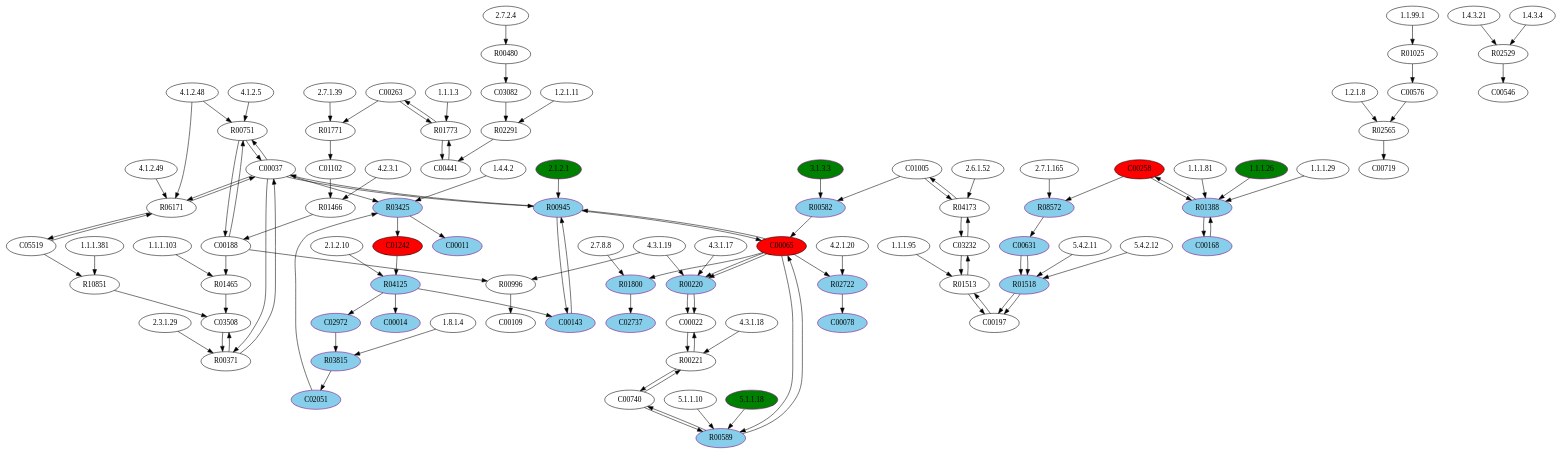
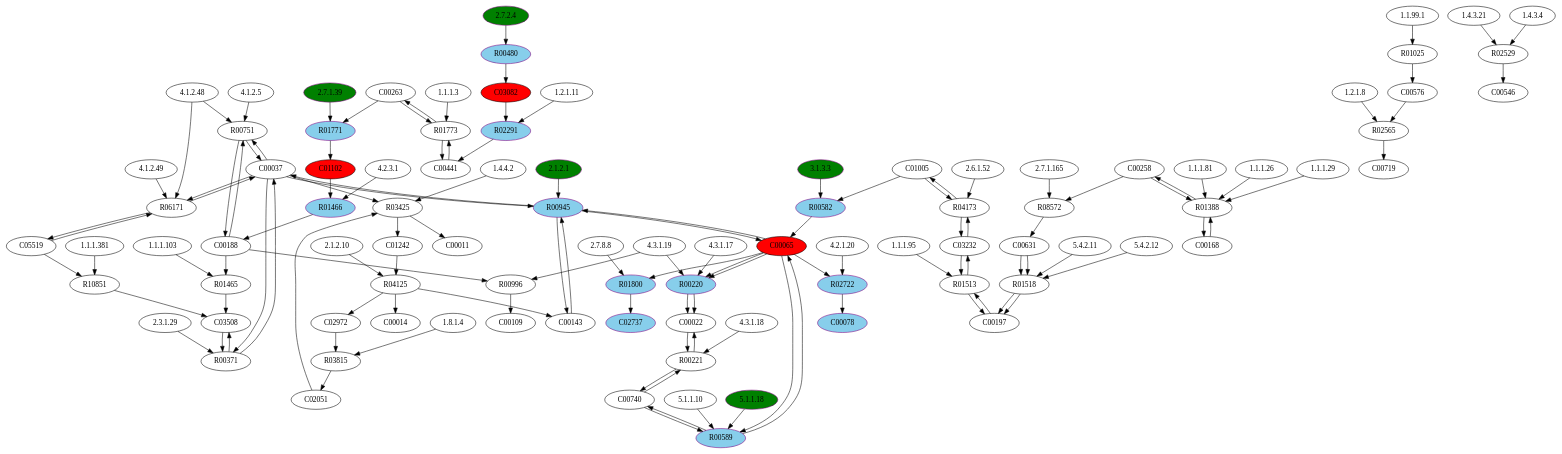
Before and after one commit to h3llcat25/BachelorQUBOProject: the diagram in graphStuff/smallDots_w_marked_and_tests/eco_filtering_dot/xtra_modified_Glycine_serine_threonine.dot, drawn with Graphviz. The commit also changed 1 other file, not shown here.

```diff
--- a/graphStuff/smallDots_w_marked_and_tests/eco_filtering_dot/xtra_modified_Glycine_serine_threonine.dot
+++ b/graphStuff/smallDots_w_marked_and_tests/eco_filtering_dot/xtra_modified_Glycine_serine_threonine.dot
@@ -4,7 +4,7 @@
 "5.1.1.10" [type=E];
 "4.3.1.19" [type=E];
 "1.2.1.8" [type=E];
-"2.7.2.4" [type=E];
+"2.7.2.4" [color=purple, fillcolor=green, style=filled, type=E];
 "1.4.4.2" [type=E];
 "1.1.1.81" [type=E];
 "1.1.99.1" [type=E];
@@ -14,9 +14,9 @@
 "1.1.1.3" [type=E];
 "2.6.1.52" [type=E];
 "1.8.1.4" [type=E];
-"1.1.1.26" [color=purple, fillcolor=green, style=filled, type=E];
+"1.1.1.26" [type=E];
 "4.3.1.18" [type=E];
-"2.7.1.39" [type=E];
+"2.7.1.39" [color=purple, fillcolor=green, style=filled, type=E];
 "5.1.1.18" [color=purple, fillcolor=green, style=filled, type=E];
 "1.4.3.21" [type=E];
 "4.2.3.1" [type=E];
@@ -35,63 +35,63 @@
 "1.1.1.381" [type=E];
 "4.3.1.17" [type=E];
 R01025 [type=R];
-R01466 [type=R];
+R01466 [color=purple, fillcolor=skyblue, style=filled, type=R];
 R10851 [type=R];
 R04173 [type=R];
 R00996 [type=R];
-R03815 [color=purple, fillcolor=skyblue, style=filled, type=R];
+R03815 [type=R];
 R00220 [color=purple, fillcolor=skyblue, style=filled, type=R];
 R01773 [type=R];
 R00751 [type=R];
 R02529 [type=R];
-R00480 [type=R];
+R00480 [color=purple, fillcolor=skyblue, style=filled, type=R];
 R00371 [type=R];
-R01388 [color=purple, fillcolor=skyblue, style=filled, type=R];
+R01388 [type=R];
 R01800 [color=purple, fillcolor=skyblue, style=filled, type=R];
 R01465 [type=R];
 R02565 [type=R];
-R01771 [type=R];
+R01771 [color=purple, fillcolor=skyblue, style=filled, type=R];
 R00589 [color=purple, fillcolor=skyblue, style=filled, type=R];
-R04125 [color=purple, fillcolor=skyblue, style=filled, type=R];
+R04125 [type=R];
 R00582 [color=purple, fillcolor=skyblue, style=filled, type=R];
 R00945 [color=purple, fillcolor=skyblue, style=filled, type=R];
 R01513 [type=R];
-R08572 [color=purple, fillcolor=skyblue, style=filled, type=R];
+R08572 [type=R];
 R00221 [type=R];
 R02722 [color=purple, fillcolor=skyblue, style=filled, type=R];
-R03425 [color=purple, fillcolor=skyblue, style=filled, type=R];
-R01518 [color=purple, fillcolor=skyblue, style=filled, type=R];
-R02291 [type=R];
+R03425 [type=R];
+R01518 [type=R];
+R02291 [color=purple, fillcolor=skyblue, style=filled, type=R];
 R06171 [type=R];
 C00740 [type=C];
 C02737 [color=purple, fillcolor=skyblue, style=filled, type=C];
 C00109 [type=C];
-C01242 [fillcolor=red, style=filled, type=C];
+C01242 [type=C];
 C00078 [color=purple, fillcolor=skyblue, style=filled, type=C];
 C03232 [type=C];
-C00258 [fillcolor=red, style=filled, type=C];
-C00143 [color=purple, fillcolor=skyblue, style=filled, type=C];
-C00014 [color=purple, fillcolor=skyblue, style=filled, type=C];
+C00258 [type=C];
+C00143 [type=C];
+C00014 [type=C];
 C00546 [type=C];
 C00065 [fillcolor=red, style=filled, type=C];
-C00011 [color=purple, fillcolor=skyblue, style=filled, type=C];
+C00011 [type=C];
 C00576 [type=C];
 C05519 [type=C];
 C00197 [type=C];
 C00037 [type=C];
 C03508 [type=C];
-C02972 [color=purple, fillcolor=skyblue, style=filled, type=C];
+C02972 [type=C];
 C00441 [type=C];
 C00022 [type=C];
 C00263 [type=C];
-C01102 [type=C];
-C00168 [color=purple, fillcolor=skyblue, style=filled, type=C];
-C03082 [type=C];
+C01102 [fillcolor=red, style=filled, type=C];
+C00168 [type=C];
+C03082 [fillcolor=red, style=filled, type=C];
 C01005 [type=C];
 C00188 [type=C];
 C00719 [type=C];
-C02051 [color=purple, fillcolor=skyblue, style=filled, type=C];
-C00631 [color=purple, fillcolor=skyblue, style=filled, type=C];
+C02051 [type=C];
+C00631 [type=C];
 R01025 -> C00576;
 C00576 -> R02565;
 R02565 -> C00719;
```
